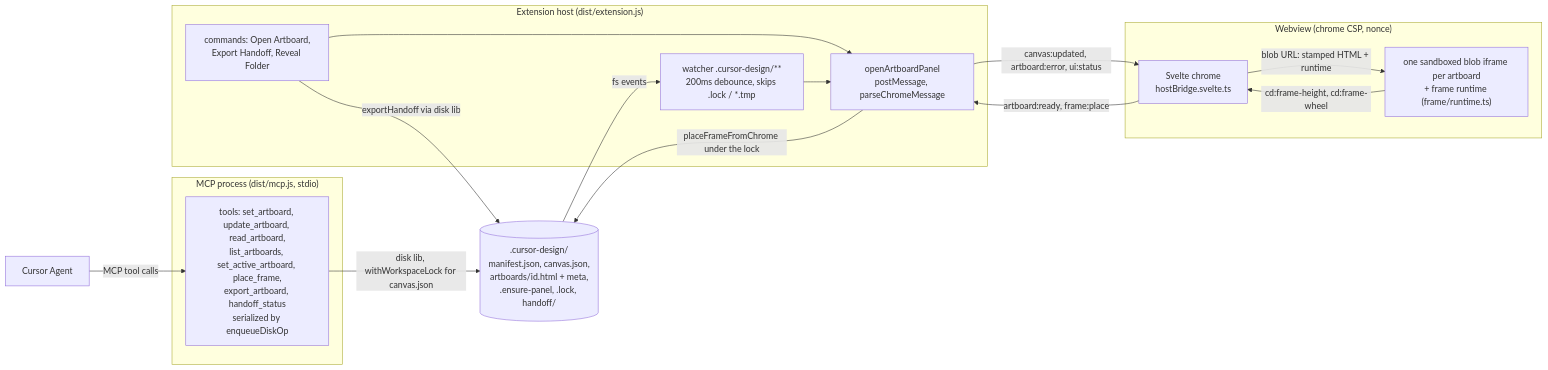
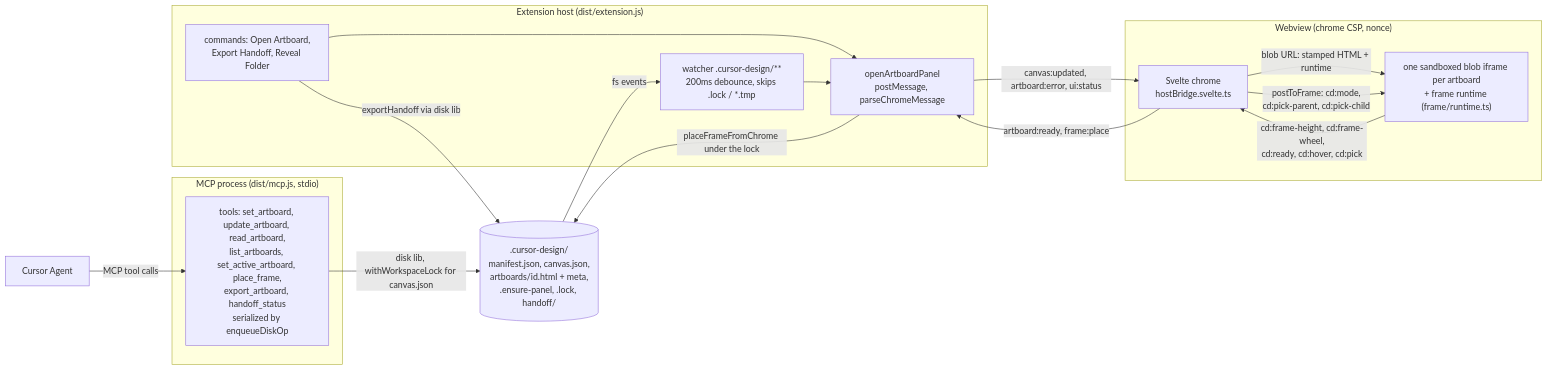
One commit to MarekBombera/cursor-design-extension changed the first of 5 diagrams in blueprint/context/system-map.md. Above: the diagram before and after it, drawn with Mermaid. The commit also changed other lines of this file and 35 other files, not shown here.

First line of the commit message:
feat: pick elements in Comment mode (8d1)

````diff
--- a/blueprint/context/system-map.md
+++ b/blueprint/context/system-map.md
@@ -41,29 +41,30 @@
 ```mermaid
 flowchart LR
   Agent["Cursor Agent"]
   subgraph MCP["MCP process (dist/mcp.js, stdio)"]
     Tools["tools: set_artboard, update_artboard, read_artboard,<br/>list_artboards, set_active_artboard, place_frame,<br/>export_artboard, handoff_status<br/>serialized by enqueueDiskOp"]
   end
   subgraph Host["Extension host (dist/extension.js)"]
     Watcher["watcher .cursor-design/**<br/>200ms debounce, skips .lock / *.tmp"]
     Panel["openArtboardPanel<br/>postMessage, parseChromeMessage"]
     Cmds["commands: Open Artboard,<br/>Export Handoff, Reveal Folder"]
   end
   subgraph Webview["Webview (chrome CSP, nonce)"]
     Chrome["Svelte chrome<br/>hostBridge.svelte.ts"]
     Frames["one sandboxed blob iframe per artboard<br/>+ frame runtime (frame/runtime.ts)"]
   end
   Disk[(".cursor-design/<br/>manifest.json, canvas.json,<br/>artboards/id.html + meta,<br/>.ensure-panel, .lock, handoff/")]
 
   Agent -->|MCP tool calls| Tools
   Tools -->|disk lib, withWorkspaceLock for canvas.json| Disk
   Disk -->|fs events| Watcher
   Watcher --> Panel
   Cmds --> Panel
   Cmds -->|exportHandoff via disk lib| Disk
   Panel -->|canvas:updated, artboard:error, ui:status| Chrome
   Chrome -->|artboard:ready, frame:place| Panel
   Panel -->|placeFrameFromChrome under the lock| Disk
   Chrome -->|blob URL: stamped HTML + runtime| Frames
-  Frames -->|cd:frame-height, cd:frame-wheel| Chrome
+  Frames -->|cd:frame-height, cd:frame-wheel,<br/>cd:ready, cd:hover, cd:pick| Chrome
+  Chrome -->|postToFrame: cd:mode,<br/>cd:pick-parent, cd:pick-child| Frames
 ```
````
